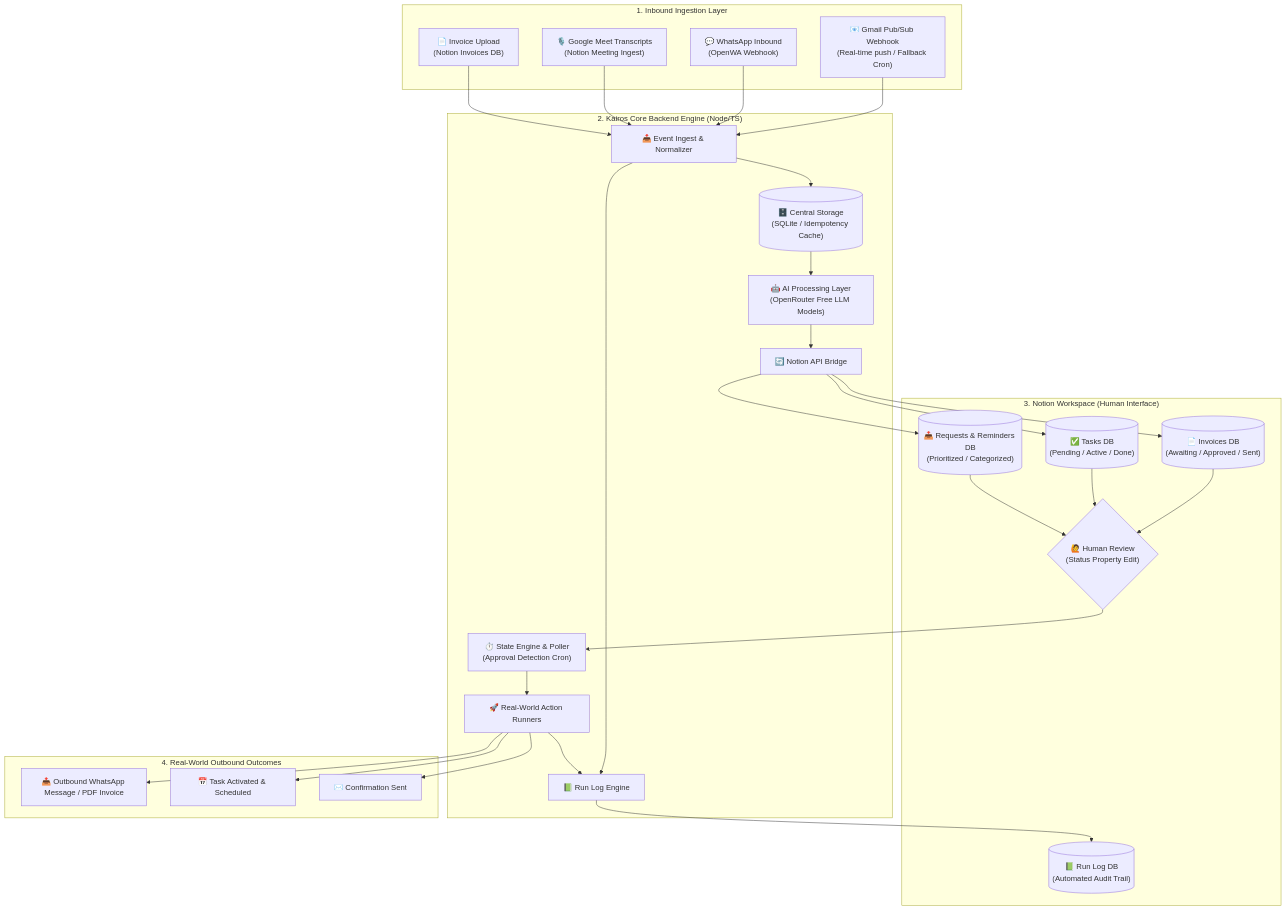
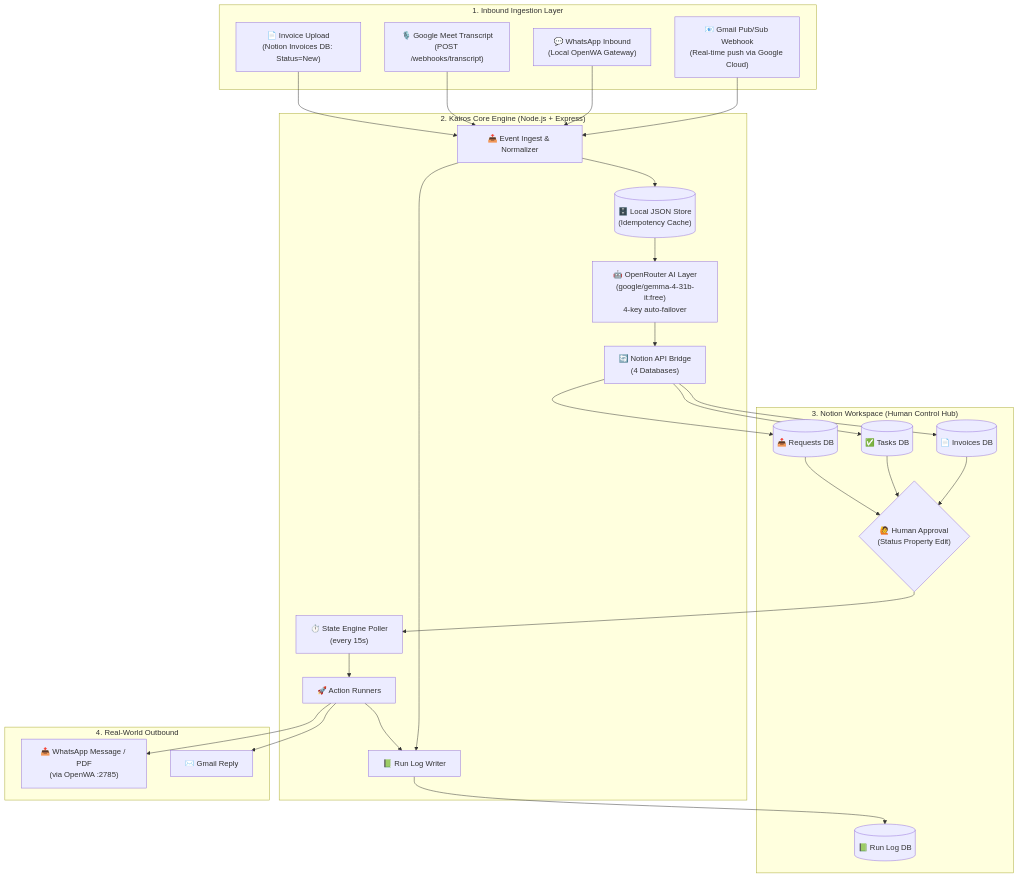
One commit to LovekeshAnand/Kairos changed the diagram in README.md. Above: the diagram before and after it, drawn with Mermaid. The commit also changed other lines of this file and 25 other files, not shown here.

````diff
--- a/README.md
+++ b/README.md
@@ -19,62 +19,53 @@
 ```mermaid
 flowchart TD
     subgraph INBOUND ["1. Inbound Ingestion Layer"]
-        G["📧 Gmail Pub/Sub Webhook<br/>(Real-time push / Fallback Cron)"]
-        W["💬 WhatsApp Inbound<br/>(OpenWA Webhook)"]
-        M["🎙️ Google Meet Transcripts<br/>(Notion Meeting Ingest)"]
-        I["📄 Invoice Upload<br/>(Notion Invoices DB)"]
+        G["📧 Gmail Pub/Sub Webhook<br/>(Real-time push via Google Cloud)"]
+        W["💬 WhatsApp Inbound<br/>(Local OpenWA Gateway)"]
+        M["🎙️ Google Meet Transcript<br/>(POST /webhooks/transcript)"]
+        I["📄 Invoice Upload<br/>(Notion Invoices DB: Status=New)"]
     end
 
-    subgraph ENGINE ["2. Kairos Core Backend Engine (Node/TS)"]
+    subgraph ENGINE ["2. Kairos Core Engine (Node.js + Express)"]
         Ingest["📥 Event Ingest & Normalizer"]
-        DB[("🗄️ Central Storage<br/>(SQLite / Idempotency Cache)")]
-        AI["🤖 AI Processing Layer<br/>(OpenRouter Free LLM Models)"]
-        NotionBridge["🔄 Notion API Bridge"]
-        StateEngine["⏱️ State Engine & Poller<br/>(Approval Detection Cron)"]
-        Executors["🚀 Real-World Action Runners"]
-        Logger["📗 Run Log Engine"]
+        Store[("🗄️ Local JSON Store<br/>(Idempotency Cache)")]
+        AI["🤖 OpenRouter AI Layer<br/>(google/gemma-4-31b-it:free)<br/>4-key auto-failover"]
+        NotionBridge["🔄 Notion API Bridge<br/>(4 Databases)"]
+        StatePoller["⏱️ State Engine Poller<br/>(every 15s)"]
+        Executors["🚀 Action Runners"]
+        RunLogger["📗 Run Log Writer"]
     end
 
-    subgraph NOTION ["3. Notion Workspace (Human Interface)"]
-        RunLogDB[("📗 Run Log DB<br/>(Automated Audit Trail)")]
-        InvoicesDB[("📄 Invoices DB<br/>(Awaiting / Approved / Sent)")]
-        TasksDB[("✅ Tasks DB<br/>(Pending / Active / Done)")]
-        RequestsDB[("📥 Requests & Reminders DB<br/>(Prioritized / Categorized)")]
-        HumanGate{"🙋 Human Review<br/>(Status Property Edit)"}
+    subgraph NOTION ["3. Notion Workspace (Human Control Hub)"]
+        RunLogDB[("📗 Run Log DB")]
+        InvoicesDB[("📄 Invoices DB")]
+        TasksDB[("✅ Tasks DB")]
+        RequestsDB[("📥 Requests DB")]
+        HumanGate{"🙋 Human Approval<br/>(Status Property Edit)"}
     end
 
-    subgraph ACTIONS ["4. Real-World Outbound Outcomes"]
-        WASend["📤 Outbound WhatsApp Message / PDF Invoice"]
-        TaskSched["📅 Task Activated & Scheduled"]
-        EmailReply["✉️ Confirmation Sent"]
+    subgraph ACTIONS ["4. Real-World Outbound"]
+        WASend["📤 WhatsApp Message / PDF<br/>(via OpenWA :2785)"]
+        EmailReply["✉️ Gmail Reply"]
     end
 
-    %% Inbound connections
     G --> Ingest
     W --> Ingest
     M --> Ingest
     I --> Ingest
-
-    %% Engine processing
-    Ingest --> DB
-    Ingest --> Logger
-    DB --> AI
+    Ingest --> Store
+    Ingest --> RunLogger
+    Store --> AI
     AI --> NotionBridge
     NotionBridge --> InvoicesDB
     NotionBridge --> TasksDB
     NotionBridge --> RequestsDB
-
-    %% Human Review Gate
     InvoicesDB --> HumanGate
     TasksDB --> HumanGate
     RequestsDB --> HumanGate
-
-    %% Approval Detection & Execution
-    HumanGate --> StateEngine
-    StateEngine --> Executors
+    HumanGate --> StatePoller
+    StatePoller --> Executors
     Executors --> WASend
-    Executors --> TaskSched
     Executors --> EmailReply
-    Executors --> Logger
-    Logger --> RunLogDB
+    Executors --> RunLogger
+    RunLogger --> RunLogDB
 ```
````
